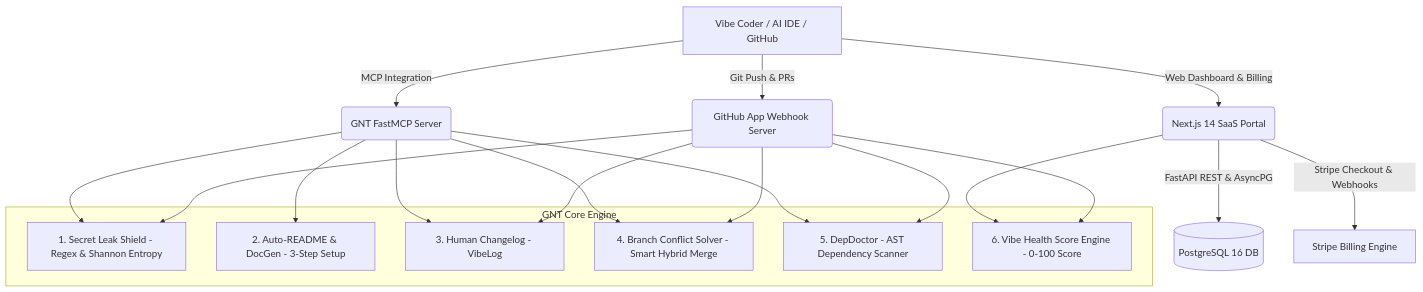
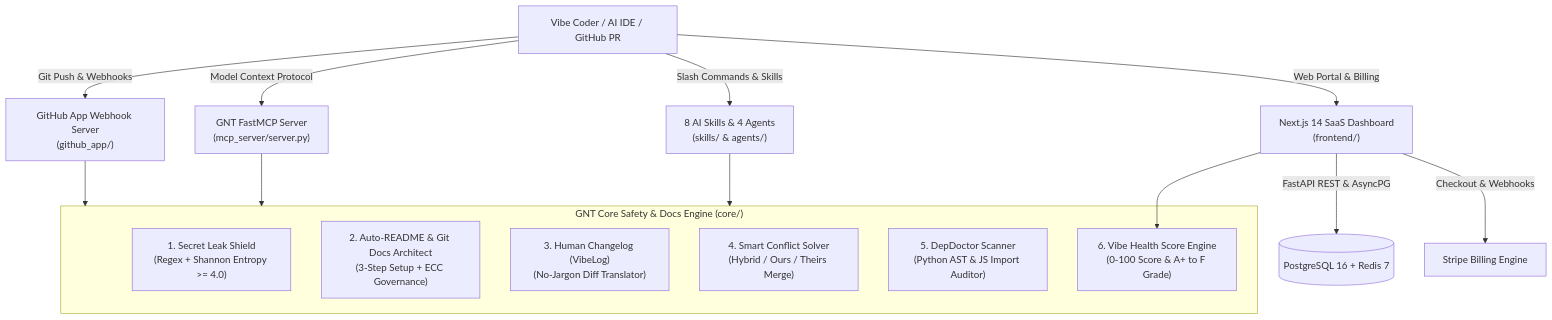
The diagram in README.md (1stANUNNAKI/GNT), drawn with Mermaid before and after one commit. The commit also changed other lines of this file and 45 other files, not shown here.

First line of the commit message:
feat(gnt-v2): add ECC-grade governance docs, 8 modular AI skills (git-docs-architect), 4 agents, 5 commands & use-cases

````diff
--- a/README.md
+++ b/README.md
@@ -27,31 +80,33 @@
 ```mermaid
-graph TD
-    A[Vibe Coder / AI IDE / GitHub] -->|Git Push & PRs| B(GitHub App Webhook Server)
-    A -->|MCP Integration| C(GNT FastMCP Server)
-    A -->|Web Dashboard & Billing| D(Next.js 14 SaaS Portal)
-    
-    subgraph "GNT Core Engine"
-        E[1. Secret Leak Shield - Regex & Shannon Entropy]
-        F[2. Auto-README & DocGen - 3-Step Setup]
-        G[3. Human Changelog - VibeLog]
-        H[4. Branch Conflict Solver - Smart Hybrid Merge]
-        I[5. DepDoctor - AST Dependency Scanner]
-        J[6. Vibe Health Score Engine - 0-100 Score]
+flowchart TD
+    A["Vibe Coder / AI IDE / GitHub PR"] -->|Git Push & Webhooks| B["GitHub App Webhook Server
+(github_app/)"]
+    A -->|Model Context Protocol| C["GNT FastMCP Server
+(mcp_server/server.py)"]
+    A -->|Slash Commands & Skills| S["8 AI Skills & 4 Agents
+(skills/ & agents/)"]
+    A -->|Web Portal & Billing| D["Next.js 14 SaaS Dashboard
+(frontend/)"]
+
+    subgraph Core ["GNT Core Safety & Docs Engine (core/)"]
+        E["1. Secret Leak Shield
+(Regex + Shannon Entropy >= 4.0)"]
+        F["2. Auto-README & Git Docs Architect
+(3-Step Setup + ECC Governance)"]
+        G["3. Human Changelog (VibeLog)
+(No-Jargon Diff Translator)"]
+        H["4. Smart Conflict Solver
+(Hybrid / Ours / Theirs Merge)"]
+        I["5. DepDoctor Scanner
+(Python AST & JS Import Auditor)"]
+        J["6. Vibe Health Score Engine
+(0-100 Score & A+ to F Grade)"]
     end
 
-    B --> E
-    B --> G
-    B --> H
-    B --> I
-    B --> J
-    
-    C --> E
-    C --> F
-    C --> G
-    C --> H
-    C --> I
-    
-    D -->|FastAPI REST & AsyncPG| K[(PostgreSQL 16 DB)]
-    D -->|Stripe Checkout & Webhooks| L[Stripe Billing Engine]
+    B --> Core
+    C --> Core
+    S --> Core
+    D -->|FastAPI REST & AsyncPG| K[("PostgreSQL 16 + Redis 7")]
+    D -->|Checkout & Webhooks| L["Stripe Billing Engine"]
     D --> J
 ```
````
